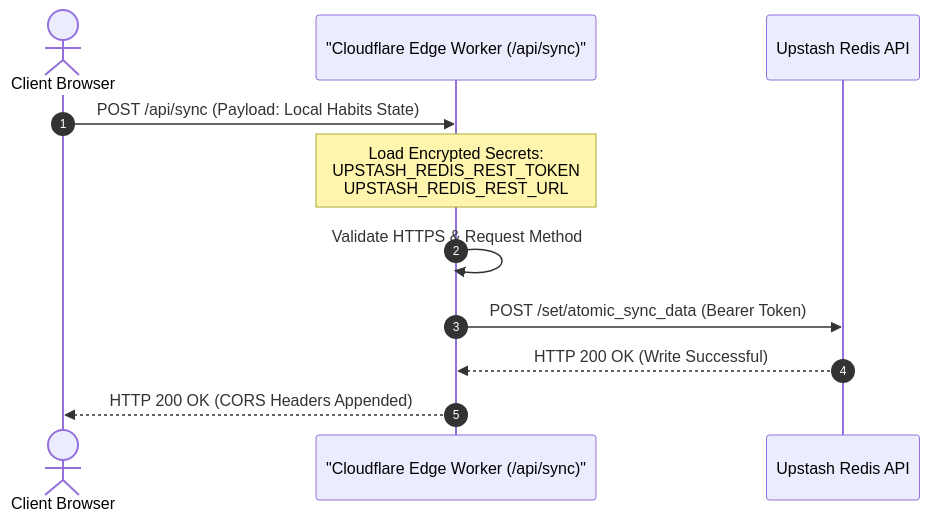
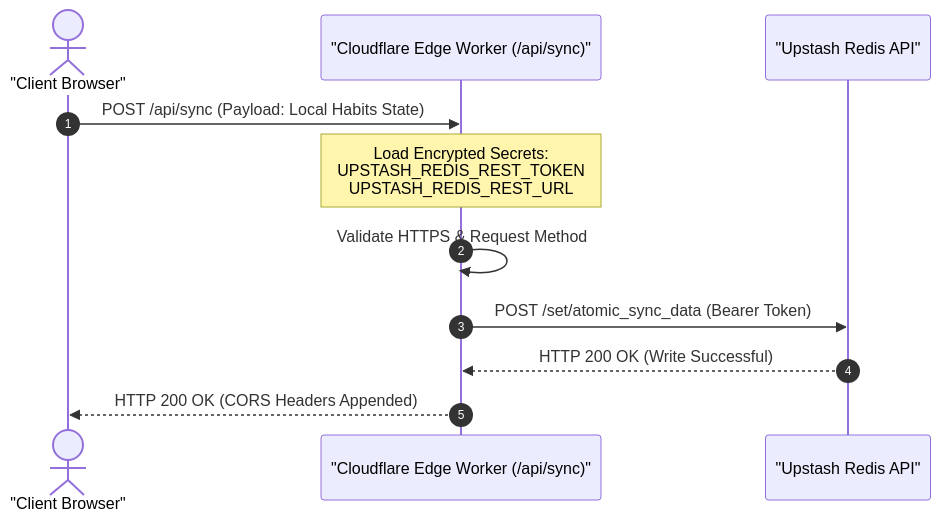
One commit to digitaldave0/dev-blog changed the second of 5 diagrams in src/content/blog/2026-05-19-sovereign-devsecops-command-center.md. Above: the diagram before and after it, drawn with Mermaid. The commit also changed other lines of this file, not shown here.

Commit message:
docs: standardize Mermaid shapes to resolve 10.9.6 syntax errors

````diff
--- a/src/content/blog/2026-05-19-sovereign-devsecops-command-center.md
+++ b/src/content/blog/2026-05-19-sovereign-devsecops-command-center.md
@@ -77,14 +77,14 @@
 ```mermaid
 sequenceDiagram
     autonumber
-    actor Browser as Client Browser
+    actor Browser as "Client Browser"
     participant Edge as "Cloudflare Edge Worker (/api/sync)"
-    participant Upstash as Upstash Redis API
+    participant Upstash as "Upstash Redis API"
     
     Browser->>Edge: POST /api/sync (Payload: Local Habits State)
     Note over Edge: Load Encrypted Secrets:<br/>UPSTASH_REDIS_REST_TOKEN<br/>UPSTASH_REDIS_REST_URL
     Edge->>Edge: Validate HTTPS & Request Method
     Edge->>Upstash: POST /set/atomic_sync_data (Bearer Token)
     Upstash-->>Edge: HTTP 200 OK (Write Successful)
     Edge-->>Browser: HTTP 200 OK (CORS Headers Appended)
 ```
````
